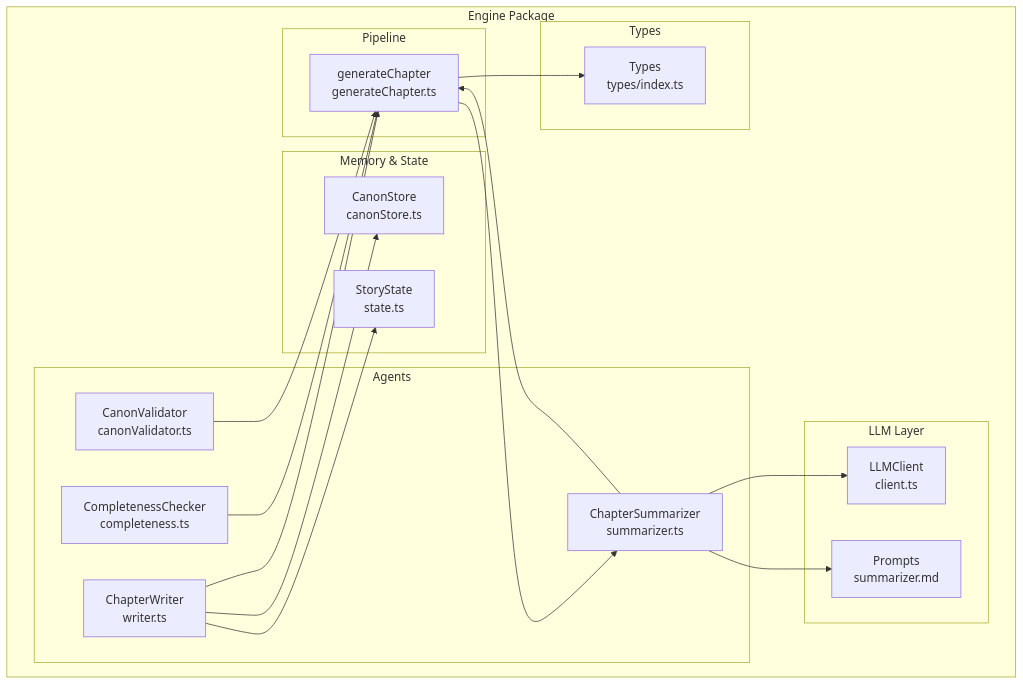
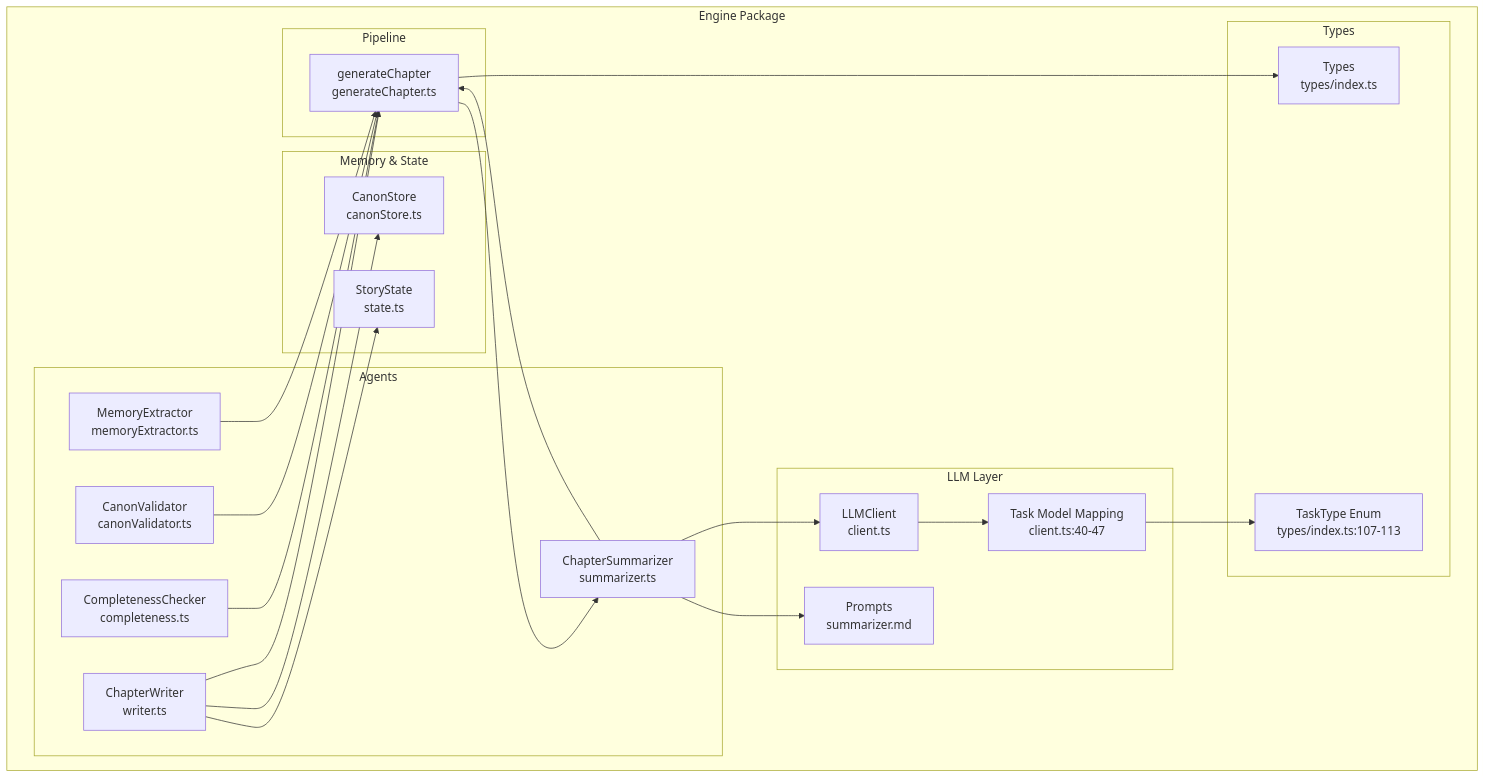
The first of 6 diagrams in .qoder/repowiki/en/content/AI Agent System/Summarizer Agent.md (liwonder/NARRITIVE_OS), drawn with Mermaid before and after one commit. The commit also changed other lines of this file and 12 other files, not shown here.

````diff
--- a/.qoder/repowiki/en/content/AI Agent System/Summarizer Agent.md
+++ b/.qoder/repowiki/en/content/AI Agent System/Summarizer Agent.md
@@ -47,35 +59,41 @@
 ```mermaid
 graph TB
 subgraph "Engine Package"
 subgraph "Agents"
 S["ChapterSummarizer<br/>summarizer.ts"]
 W["ChapterWriter<br/>writer.ts"]
 C["CompletenessChecker<br/>completeness.ts"]
 V["CanonValidator<br/>canonValidator.ts"]
+ME["MemoryExtractor<br/>memoryExtractor.ts"]
 end
 subgraph "Pipeline"
 G["generateChapter<br/>generateChapter.ts"]
 end
 subgraph "LLM Layer"
 L["LLMClient<br/>client.ts"]
 P["Prompts<br/>summarizer.md"]
+TM["Task Model Mapping<br/>client.ts:40-47"]
 end
 subgraph "Memory & State"
 CS["CanonStore<br/>canonStore.ts"]
 ST["StoryState<br/>state.ts"]
 end
 subgraph "Types"
 T["Types<br/>types/index.ts"]
+TT["TaskType Enum<br/>types/index.ts:107-113"]
 end
 end
 W --> G
 C --> G
 V --> G
+ME --> G
 S --> G
 G --> S
 S --> L
 S --> P
+L --> TM
+TM --> TT
 W --> CS
 W --> ST
 G --> T
 ```
````
